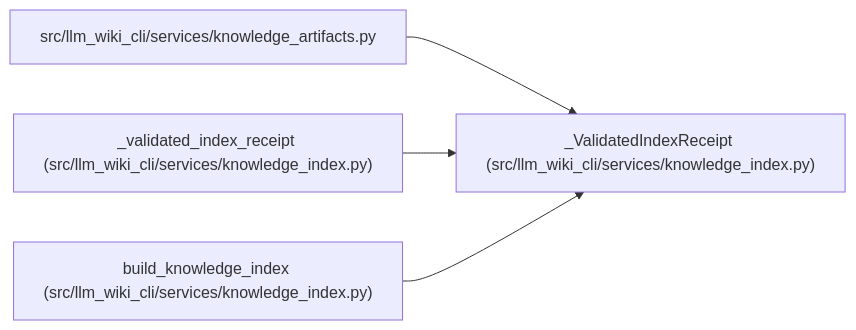
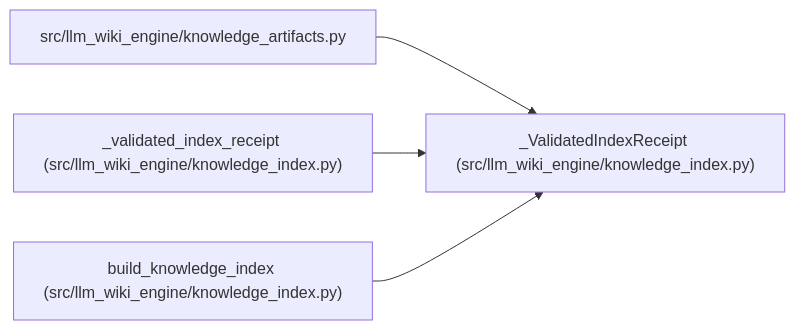
The diagram in docs/llm_wiki/entities/ValidatedIndexReceipt.md (Denissvgn/python-wiki-llm), drawn with Mermaid before and after one commit. The commit also changed other lines of this file and 1058 other files, not shown here.

First line of the commit message:
docs: refresh the wiki for the knowledge store move

````diff
--- a/docs/llm_wiki/entities/ValidatedIndexReceipt.md
+++ b/docs/llm_wiki/entities/ValidatedIndexReceipt.md
@@ -32,14 +32,14 @@
 ```mermaid
 flowchart LR
-    n0["_ValidatedIndexReceipt (src/llm_wiki_cli/services/knowledge_index.py)"]
-    n1["src/llm_wiki_cli/services/knowledge_artifacts.py"]
-    n2["_validated_index_receipt (src/llm_wiki_cli/services/knowledge_index.py)"]
-    n3["build_knowledge_index (src/llm_wiki_cli/services/knowledge_index.py)"]
+    n0["_ValidatedIndexReceipt (src/llm_wiki_engine/knowledge_index.py)"]
+    n1["src/llm_wiki_engine/knowledge_artifacts.py"]
+    n2["_validated_index_receipt (src/llm_wiki_engine/knowledge_index.py)"]
+    n3["build_knowledge_index (src/llm_wiki_engine/knowledge_index.py)"]
     n1 --> n0
     n2 --> n0
     n3 --> n0
     click n0 "../modules/knowledge_index.md"
     click n1 "../modules/knowledge_artifacts.md"
     click n2 "../modules/knowledge_index.md"
     click n3 "../modules/knowledge_index.md"
 ```
````
